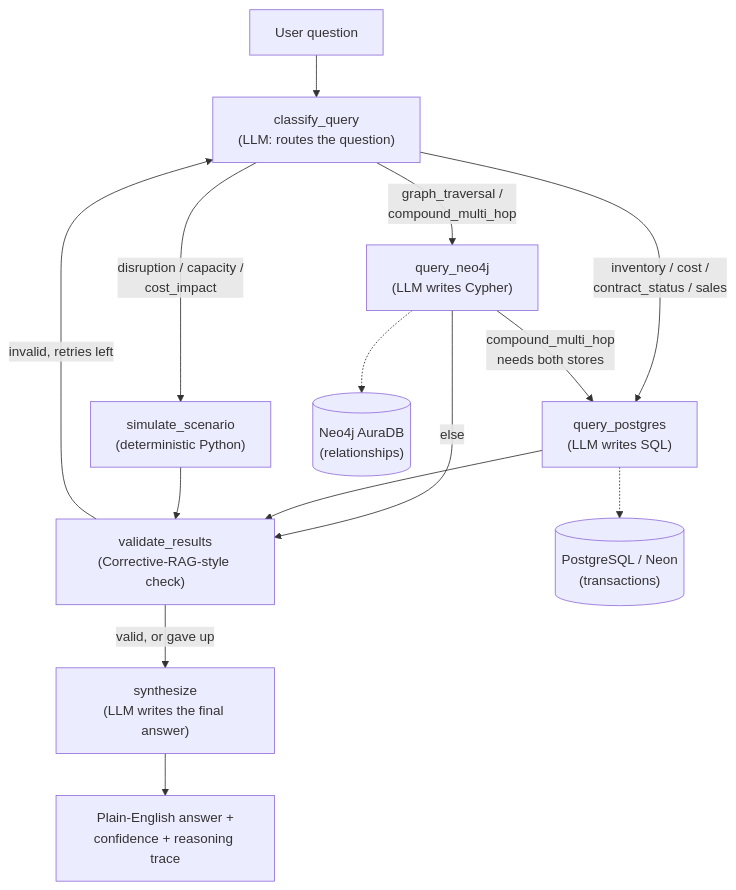
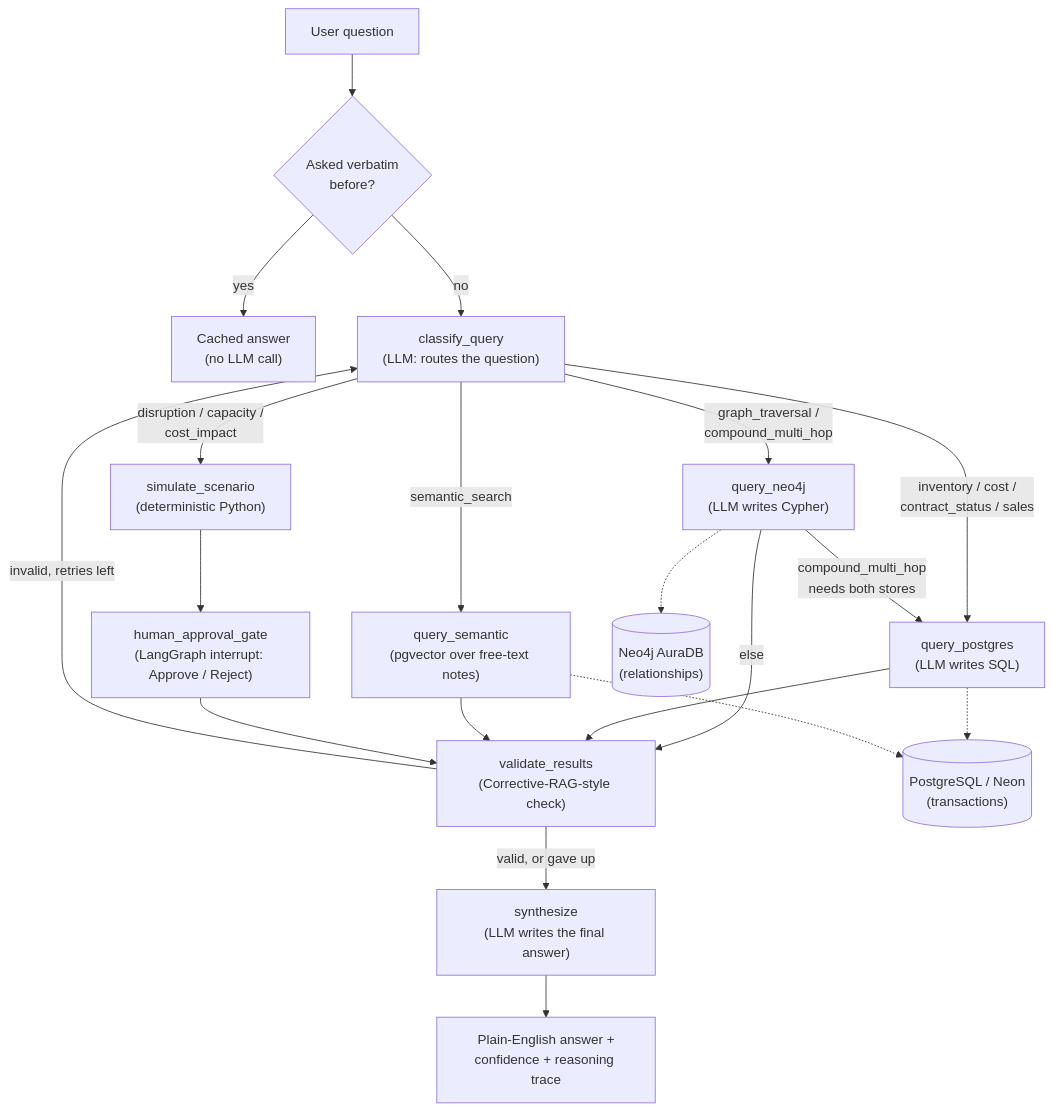
The first of 2 diagrams in README.md (vishnuanalytics/supply_chain_digital_twin), drawn with Mermaid before and after one commit. The commit also changed other lines of this file and 11 other files, not shown here.

First line of the commit message:
Refresh README: current screenshots, full flow and system architecture

````diff
--- a/README.md
+++ b/README.md
@@ -35,17 +35,23 @@
 ```mermaid
 flowchart TD
-    Q["User question"] --> CQ["classify_query<br/>(LLM: routes the question)"]
+    Q["User question"] --> C{"Asked verbatim<br/>before?"}
+    C -->|"yes"| HIT["Cached answer<br/>(no LLM call)"]
+    C -->|"no"| CQ["classify_query<br/>(LLM: routes the question)"]
     CQ -->|"graph_traversal /<br/>compound_multi_hop"| QN["query_neo4j<br/>(LLM writes Cypher)"]
     CQ -->|"inventory / cost /<br/>contract_status / sales"| QP["query_postgres<br/>(LLM writes SQL)"]
+    CQ -->|"semantic_search"| QS["query_semantic<br/>(pgvector over free-text notes)"]
     CQ -->|"disruption / capacity /<br/>cost_impact"| SIM["simulate_scenario<br/>(deterministic Python)"]
     QN -->|"compound_multi_hop<br/>needs both stores"| QP
     QN -->|"else"| VR
     QP --> VR["validate_results<br/>(Corrective-RAG-style check)"]
-    SIM --> VR
+    QS --> VR
+    SIM --> HG["human_approval_gate<br/>(LangGraph interrupt: Approve / Reject)"]
+    HG --> VR
     VR -->|"invalid, retries left"| CQ
     VR -->|"valid, or gave up"| SY["synthesize<br/>(LLM writes the final answer)"]
     SY --> A["Plain-English answer +<br/>confidence + reasoning trace"]
 
     QN -.-> N4J[("Neo4j AuraDB<br/>(relationships)")]
     QP -.-> PG[("PostgreSQL / Neon<br/>(transactions)")]
+    QS -.-> PG
 ```
````
